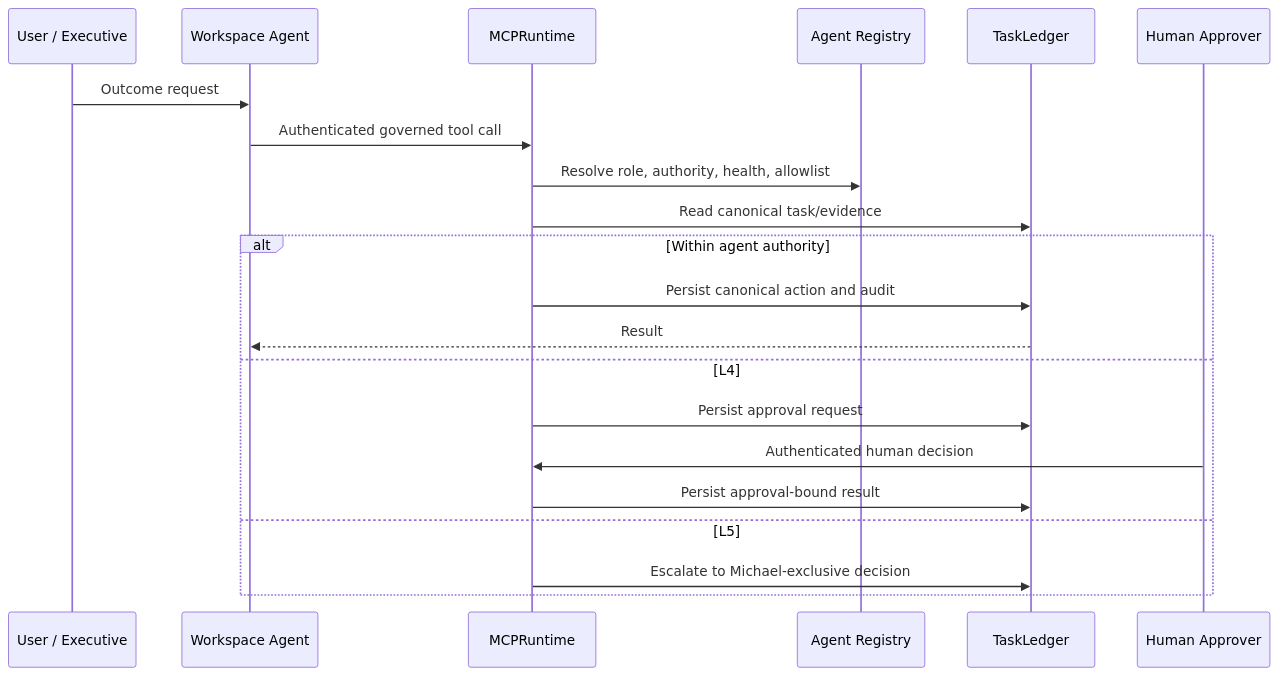
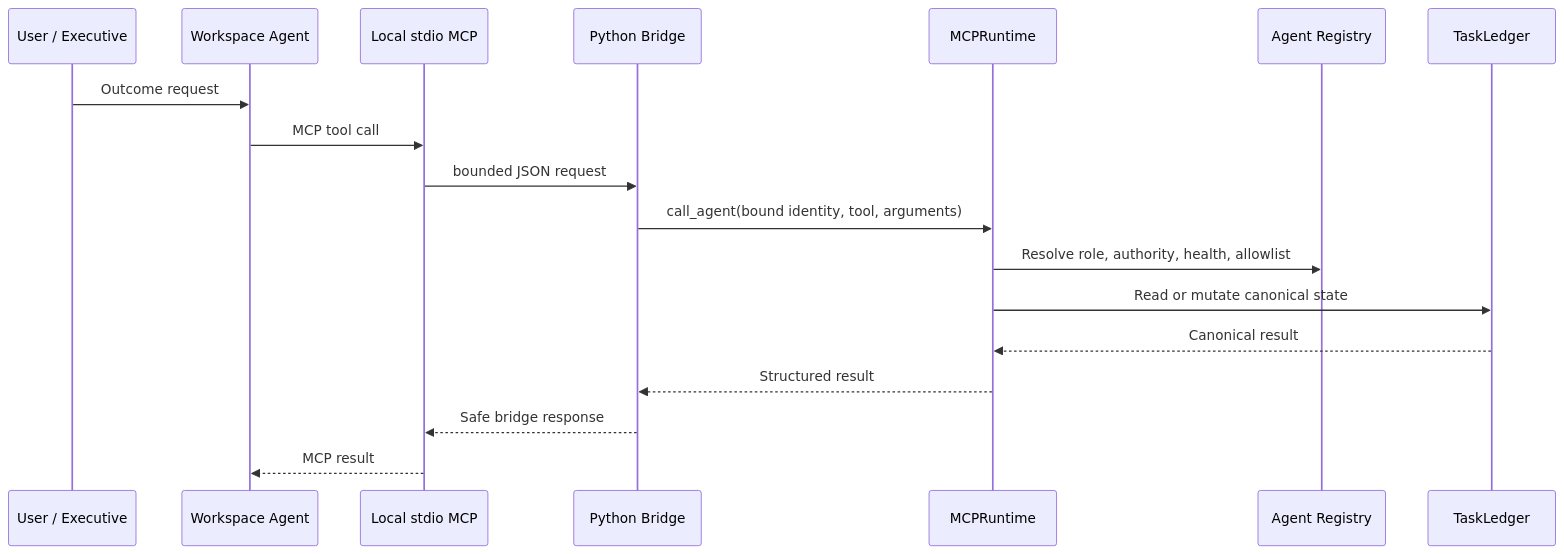
Before and after one commit to mkleinbe/mesh-ai-agent-cos-universe: the second of 2 diagrams in docs/architecture.md, drawn with Mermaid. The commit also changed other lines of this file, not shown here.

Commit message:
docs: refactor architecture for local stdio MCP

````diff
--- a/docs/architecture.md
+++ b/docs/architecture.md
@@ -62,24 +69,21 @@
 ```mermaid
 sequenceDiagram
     participant U as User / Executive
     participant W as Workspace Agent
+    participant S as Local stdio MCP
+    participant B as Python Bridge
     participant M as MCPRuntime
     participant R as Agent Registry
     participant L as TaskLedger
-    participant H as Human Approver
 
     U->>W: Outcome request
-    W->>M: Authenticated governed tool call
+    W->>S: MCP tool call
+    S->>B: bounded JSON request
+    B->>M: call_agent(bound identity, tool, arguments)
     M->>R: Resolve role, authority, health, allowlist
-    M->>L: Read canonical task/evidence
-    alt Within agent authority
-      M->>L: Persist canonical action and audit
-      L-->>W: Result
-    else L4
-      M->>L: Persist approval request
-      H->>M: Authenticated human decision
-      M->>L: Persist approval-bound result
-    else L5
-      M->>L: Escalate to Michael-exclusive decision
-    end
+    M->>L: Read or mutate canonical state
+    L-->>M: Canonical result
+    M-->>B: Structured result
+    B-->>S: Safe bridge response
+    S-->>W: MCP result
 ```
````
